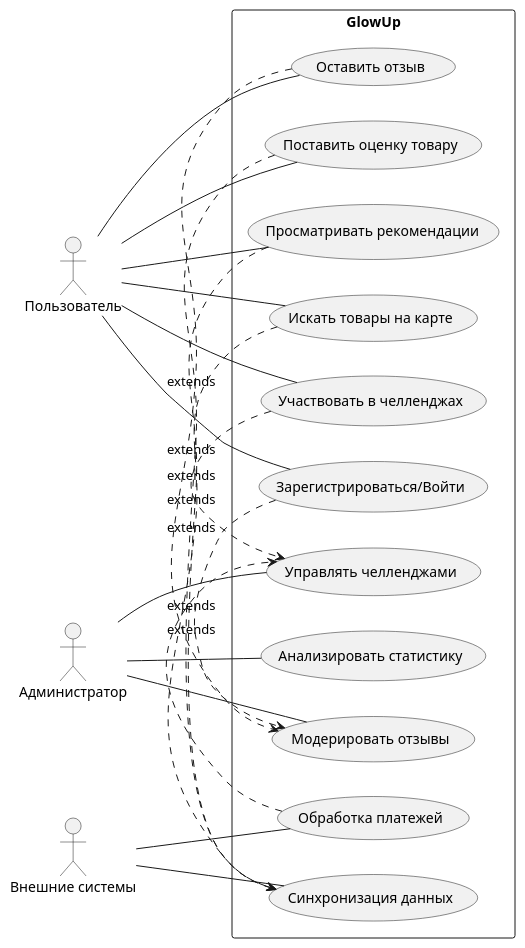
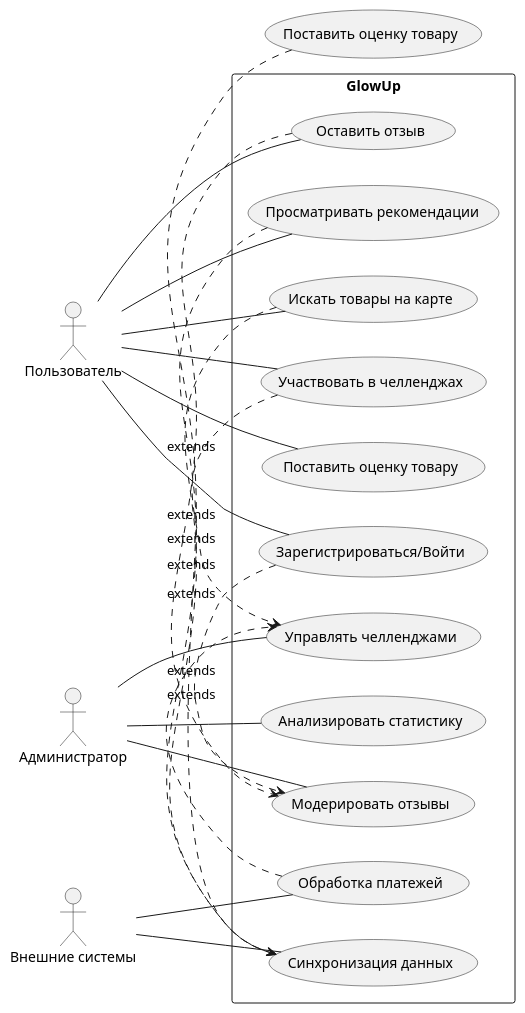
Before and after one commit to tyuznevan/programIngeniering: the diagram in main.plantuml, drawn with PlantUML.

Commit message:
добавила пробел, проверка связи

```diff
--- a/main.plantuml
+++ b/main.plantuml
@@ -1,32 +1,33 @@
 @startuml
 left to right direction
 
 actor Пользователь
 actor Администратор
 actor "Внешние системы" as ExternalSystems
 
 rectangle GlowUp {
   Пользователь -- (Зарегистрироваться/Войти)
   Пользователь -- (Оставить отзыв)
-  Пользователь -- (Поставить оценку товару)
+  Пользователь -- ( Поставить оценку товару )
   Пользователь -- (Участвовать в челленджах)
   Пользователь -- (Просматривать рекомендации)
   Пользователь -- (Искать товары на карте)
 
   Администратор -- (Модерировать отзывы)
   Администратор -- (Управлять челленджами)
   Администратор -- (Анализировать статистику)
 
   ExternalSystems -- (Синхронизация данных)
   ExternalSystems -- (Обработка платежей)
 }
 
+
 (Зарегистрироваться/Войти) .> (Модерировать отзывы) : extends
 (Оставить отзыв) .> (Модерировать отзывы) : extends
 (Поставить оценку товару) .> (Синхронизация данных) : extends
 (Просматривать рекомендации) .> (Синхронизация данных) : extends
 (Искать товары на карте) .> (Синхронизация данных) : extends
 (Участвовать в челленджах) .> (Управлять челленджами) : extends
 (Обработка платежей) .> (Управлять челленджами) : extends
 
 @enduml
```
